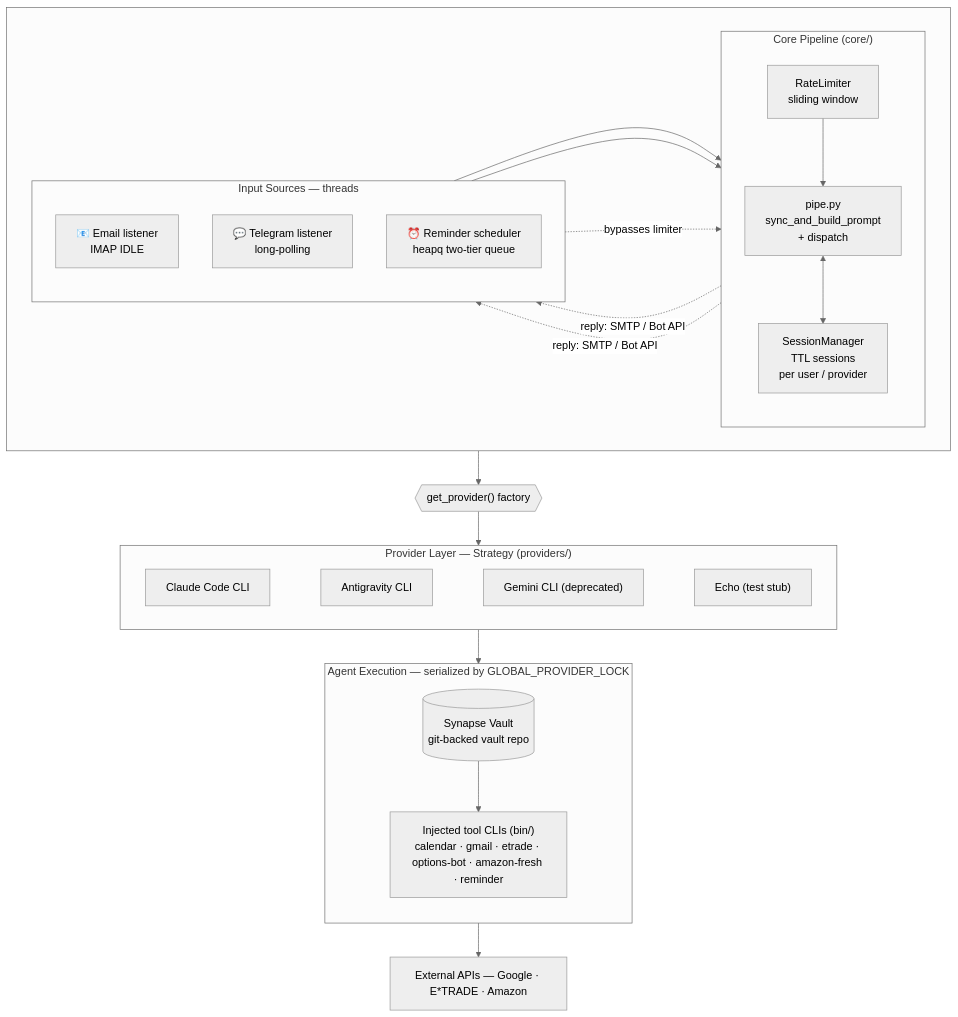
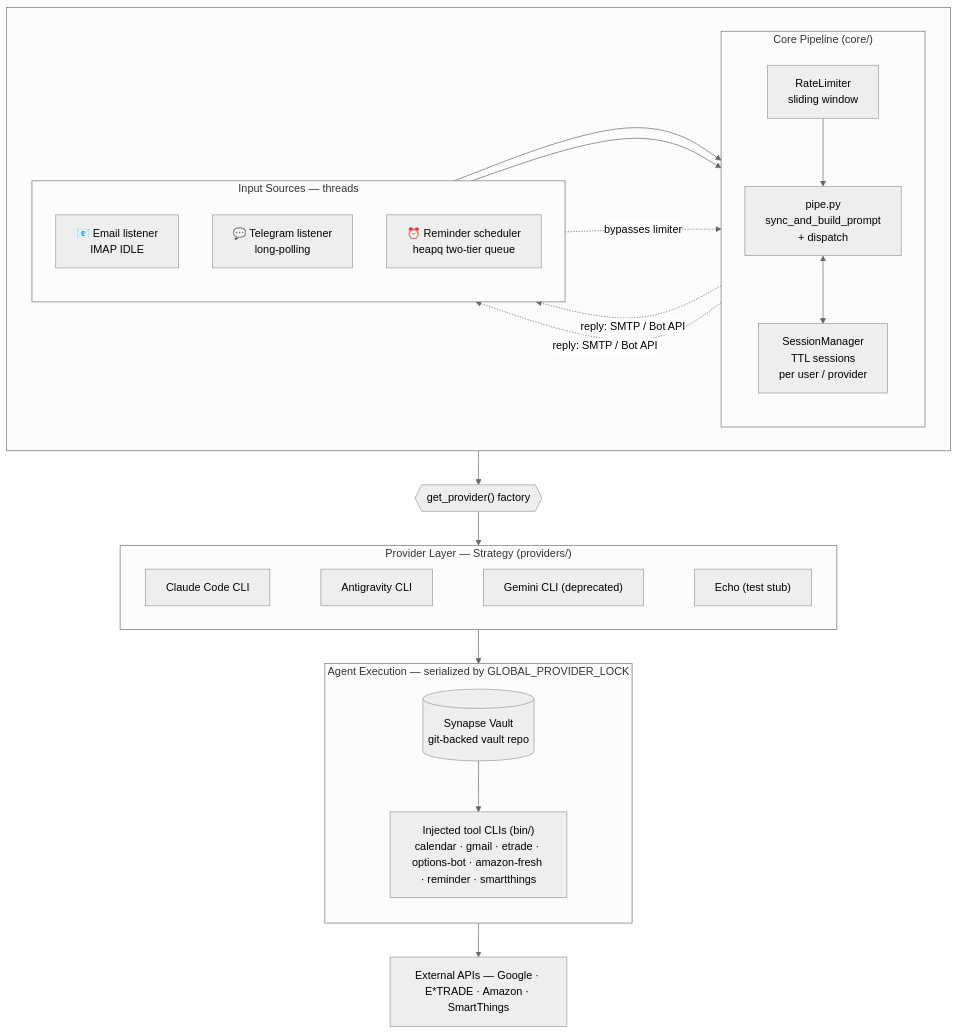
Before and after one commit to kristianolsson/synapse-engine: the diagram in README.md, drawn with Mermaid (neutral theme). The commit also changed other lines of this file and 10 other files, not shown here.

First line of the commit message:
Fix SmartThings final-review findings: C1/C2 critical + I1-I6 important

````diff
--- a/README.md
+++ b/README.md
@@ -30,49 +30,49 @@
 ```mermaid
 flowchart TB
     subgraph top[" "]
         direction LR
         subgraph core["Core Pipeline (core/)"]
             direction TB
             RL["RateLimiter<br/>sliding window"]
             PIPE["pipe.py<br/>sync_and_build_prompt<br/>+ dispatch"]
             SM["SessionManager<br/>TTL sessions<br/>per user / provider"]
             RL --> PIPE
             PIPE <--> SM
         end
         subgraph inputs["Input Sources — threads"]
             direction TB
             EM["📧 Email listener<br/>IMAP IDLE"]
             TG["💬 Telegram listener<br/>long-polling"]
             SC["⏰ Reminder scheduler<br/>heapq two-tier queue"]
         end
     end
 
     FACT{{"get_provider() factory"}}
 
     subgraph prov["Provider Layer — Strategy (providers/)"]
         direction LR
         CLA["Claude Code CLI"]
         AGY["Antigravity CLI"]
         GEM["Gemini CLI (deprecated)"]
         ECHO["Echo (test stub)"]
         CLA ~~~ AGY ~~~ GEM ~~~ ECHO
     end
 
     subgraph exec["Agent Execution — serialized by GLOBAL_PROVIDER_LOCK"]
         direction TB
         VAULT[("Synapse Vault<br/>git-backed vault repo")]
-        TOOLS["Injected tool CLIs (bin/)<br/>calendar · gmail · etrade · options-bot · amazon-fresh · reminder"]
+        TOOLS["Injected tool CLIs (bin/)<br/>calendar · gmail · etrade · options-bot · amazon-fresh · reminder · smartthings"]
         VAULT --> TOOLS
     end
 
-    EXT["External APIs — Google · E*TRADE · Amazon"]
+    EXT["External APIs — Google · E*TRADE · Amazon · SmartThings"]
 
     EM --> RL
     TG --> RL
     SC -. "bypasses limiter" .-> PIPE
     core --> FACT
     FACT --> prov
     prov --> exec
     TOOLS --> EXT
     PIPE -. "reply: SMTP / Bot API" .-> EM & TG
 ```
````
